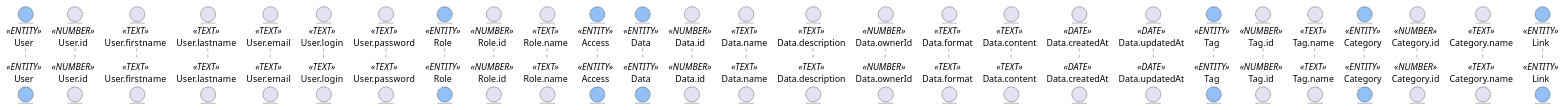
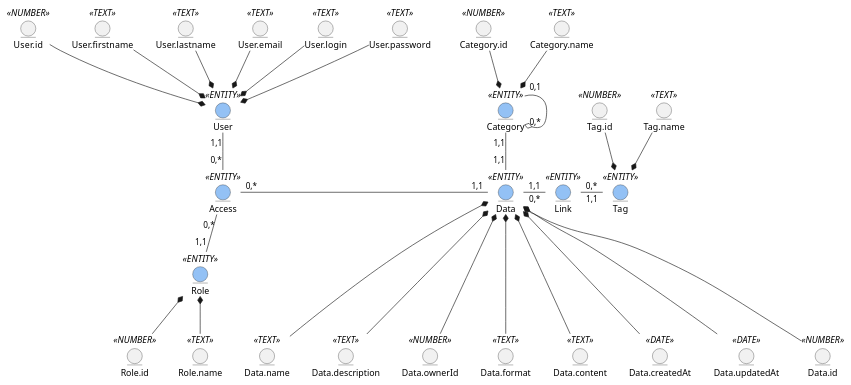
The diagram in docs/design.md (ukrustacean/db-team-project), drawn with PlantUML before and after one commit. The commit also changed other lines of this file, not shown here.

Commit message:
Finish Model of bussiness objects in design.md

````diff
--- a/docs/design.md
+++ b/docs/design.md
@@ -3,39 +12,76 @@
 ```plantuml
 @startuml
 
-entity User <<ENTITY>> #93C1F5
-entity User.id <<NUMBER>> 
-entity User.firstname <<TEXT>> 
-entity User.lastname <<TEXT>> 
-entity User.email <<TEXT>> 
-entity User.login <<TEXT>> 
-entity User.password <<TEXT>> 
+  entity User <<ENTITY>> #93C1F5
+  entity User.id <<NUMBER>> 
+  entity User.firstname <<TEXT>> 
+  entity User.lastname <<TEXT>> 
+  entity User.email <<TEXT>> 
+  entity User.login <<TEXT>> 
+  entity User.password <<TEXT>> 
 
-entity Role <<ENTITY>> #93C1F5
-entity Role.id <<NUMBER>> 
-entity Role.name <<TEXT>> 
+  entity Role <<ENTITY>> #93C1F5
+  entity Role.id <<NUMBER>> 
+  entity Role.name <<TEXT>> 
 
-entity Access <<ENTITY>> #93C1F5
+  entity Access <<ENTITY>> #93C1F5
 
-entity Data <<ENTITY>> #93C1F5
-entity Data.id <<NUMBER>> 
-entity Data.name <<TEXT>>
-entity Data.description <<TEXT>>
-entity Data.ownerId <<NUMBER>> 
-entity Data.format <<TEXT>> 
-entity Data.content <<TEXT>> 
-entity Data.createdAt <<DATE>> 
-entity Data.updatedAt <<DATE>> 
+  entity Data <<ENTITY>> #93C1F5
+  entity Data.id <<NUMBER>> 
+  entity Data.name <<TEXT>>
+  entity Data.description <<TEXT>>
+  entity Data.ownerId <<NUMBER>> 
+  entity Data.format <<TEXT>> 
+  entity Data.content <<TEXT>> 
+  entity Data.createdAt <<DATE>> 
+  entity Data.updatedAt <<DATE>> 
 
-entity Tag <<ENTITY>> #93C1F5
-entity Tag.id <<NUMBER>> 
-entity Tag.name <<TEXT>> 
+  entity Tag <<ENTITY>> #93C1F5
+  entity Tag.id <<NUMBER>> 
+  entity Tag.name <<TEXT>> 
 
-entity Category <<ENTITY>> #93C1F5
-entity Category.id <<NUMBER>> 
-entity Category.name <<TEXT>> 
+  entity Category <<ENTITY>> #93C1F5
+  entity Category.id <<NUMBER>> 
+  entity Category.name <<TEXT>> 
 
-entity Link <<ENTITY>> #93C1F5
+  entity Link <<ENTITY>> #93C1F5
+
+
+  User *-u- User.password
+  User *-u- User.login
+  User *-u- User.email
+  User *-u- User.lastname
+  User *-u- User.firstname
+  User *-u- User.id
+
+  Role *-d- Role.name
+  Role *-d- Role.id
+
+  Data *-d-- Data.updatedAt
+  Data *-d-- Data.createdAt
+  Data *-d-- Data.content
+  Data *-d-- Data.format
+  Data *-d-- Data.ownerId
+  Data *-d-- Data.description
+  Data *-d-- Data.name
+  Data *-d-- Data.id
+
+  Tag *-u- Tag.name
+  Tag *-u- Tag.id
+
+  Category *-u- Category.name
+  Category *-u- Category.id
+  Category "0,1" --o "0,*" Category
+
+  User "1,1"-d-"0,*" Access
+  Role "1,1"-u-"0,*" Access
+
+  Access "0,*"-r-"1,1" Data
+
+  Data "1,1"-r-"0,*" Link
+  Link "0,*"-r-"1,1" Tag
+
+  Data "1,1"-u-"1,1" Category
 
 @enduml
 ```
````
